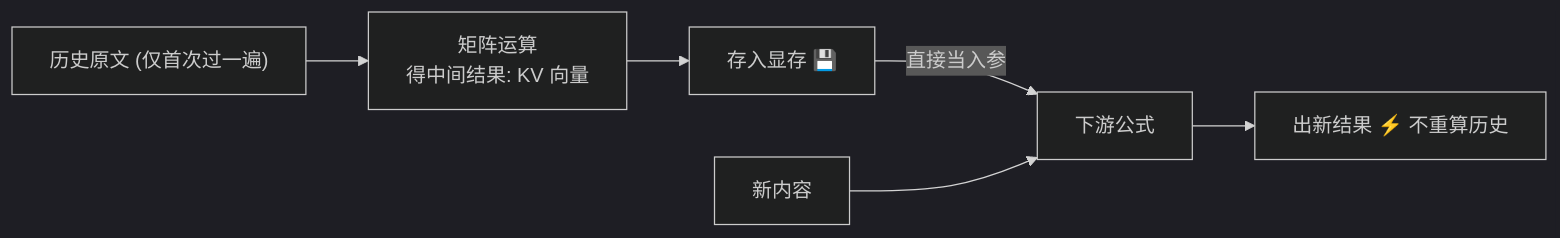
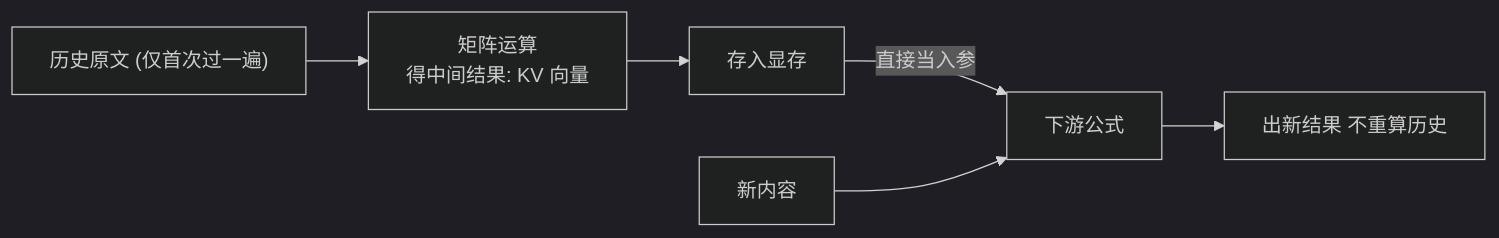
One commit to imjcw/imjcw.github.io changed the first of 8 diagrams in source/_posts/AI/2026-08-08_大模型推理与缓存机制.md. Above: the diagram before and after it, drawn with Mermaid (dark theme). The commit also changed other lines of this file and 11 other files, not shown here.

````diff
--- a/source/_posts/AI/2026-08-08_大模型推理与缓存机制.md
+++ b/source/_posts/AI/2026-08-08_大模型推理与缓存机制.md
@@ -22,8 +22,8 @@
 ```mermaid
 flowchart LR
     A["历史原文 (仅首次过一遍)"] --> B["矩阵运算<br/>得中间结果: KV 向量"]
-    B --> C["存入显存 💾"]
+    B --> C["存入显存"]
     C -- "直接当入参" --> E["下游公式"]
     D["新内容"] --> E
-    E --> F["出新结果 ⚡ 不重算历史"]
+    E --> F["出新结果 不重算历史"]
 ```
````
